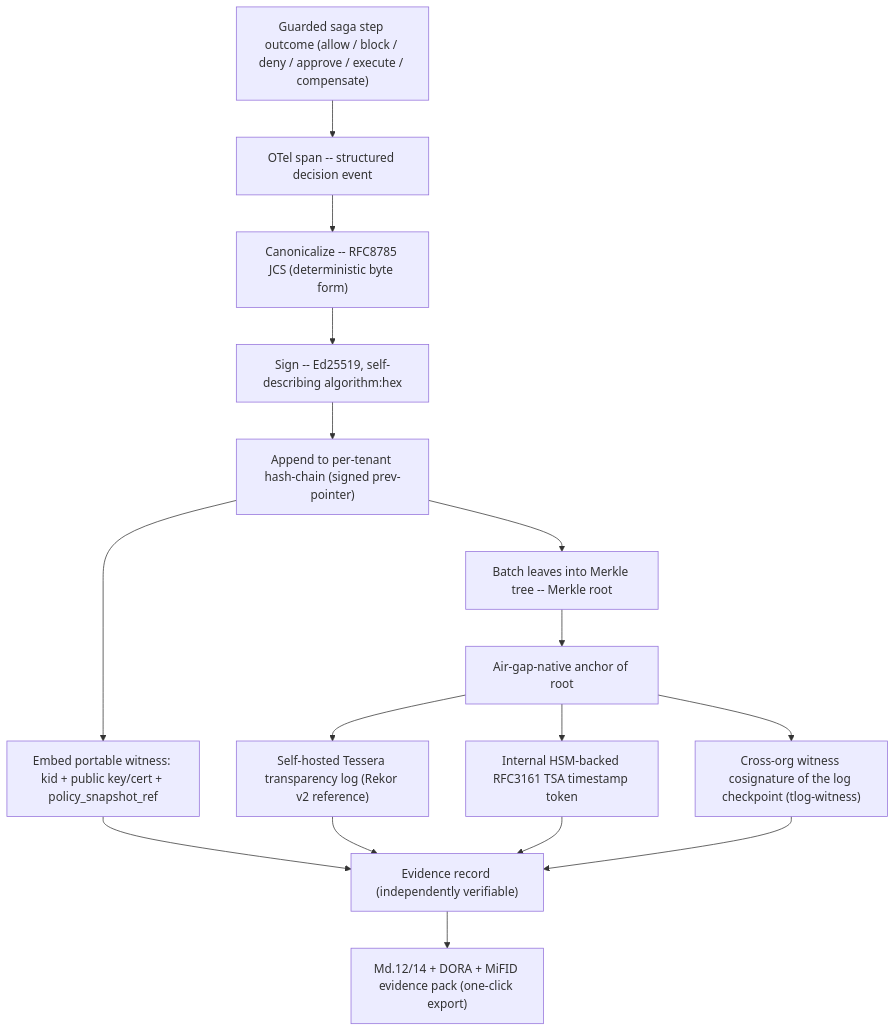
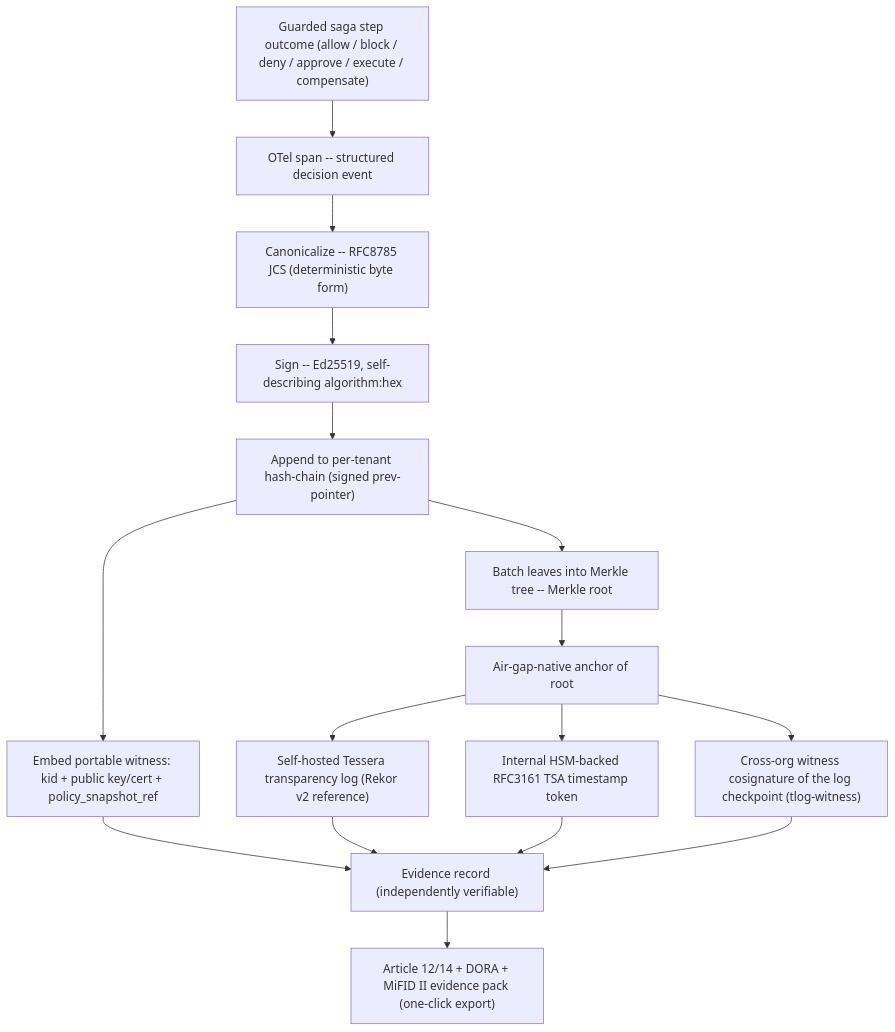
The first of 3 diagrams in docs/architecture/pillar-4-tamper-evident-audit.md (HodeTech/provna), drawn with Mermaid before and after one commit. The commit also changed other lines of this file and 34 other files, not shown here.

````diff
--- a/docs/architecture/pillar-4-tamper-evident-audit.md
+++ b/docs/architecture/pillar-4-tamper-evident-audit.md
@@ -36,18 +36,18 @@
 ```mermaid
 flowchart TD
     A["Guarded saga step outcome (allow / block / deny / approve / execute / compensate)"] --> B["OTel span -- structured decision event"]
     B --> C["Canonicalize -- RFC8785 JCS (deterministic byte form)"]
     C --> D["Sign -- Ed25519, self-describing algorithm:hex"]
     D --> E["Append to per-tenant hash-chain (signed prev-pointer)"]
     E --> F["Batch leaves into Merkle tree -- Merkle root"]
     F --> G["Air-gap-native anchor of root"]
     G --> G1["Self-hosted Tessera transparency log (Rekor v2 reference)"]
     G --> G2["Internal HSM-backed RFC3161 TSA timestamp token"]
     G --> G3["Cross-org witness cosignature of the log checkpoint (tlog-witness)"]
     E --> H["Embed portable witness: kid + public key/cert + policy_snapshot_ref"]
     H --> I["Evidence record (independently verifiable)"]
     G1 --> I
     G2 --> I
     G3 --> I
-    I --> J["Md.12/14 + DORA + MiFID evidence pack (one-click export)"]
+    I --> J["Article 12/14 + DORA + MiFID II evidence pack (one-click export)"]
 ```
````
